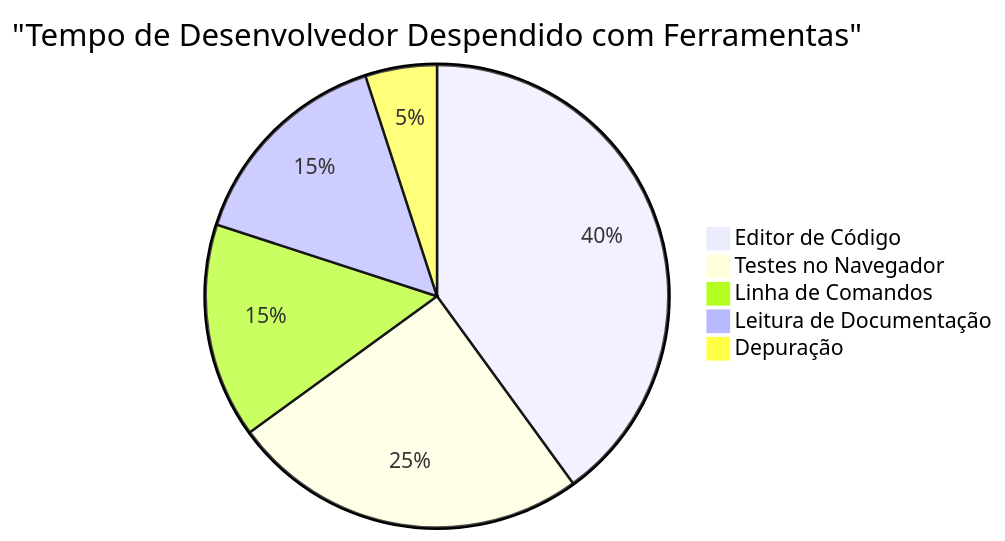
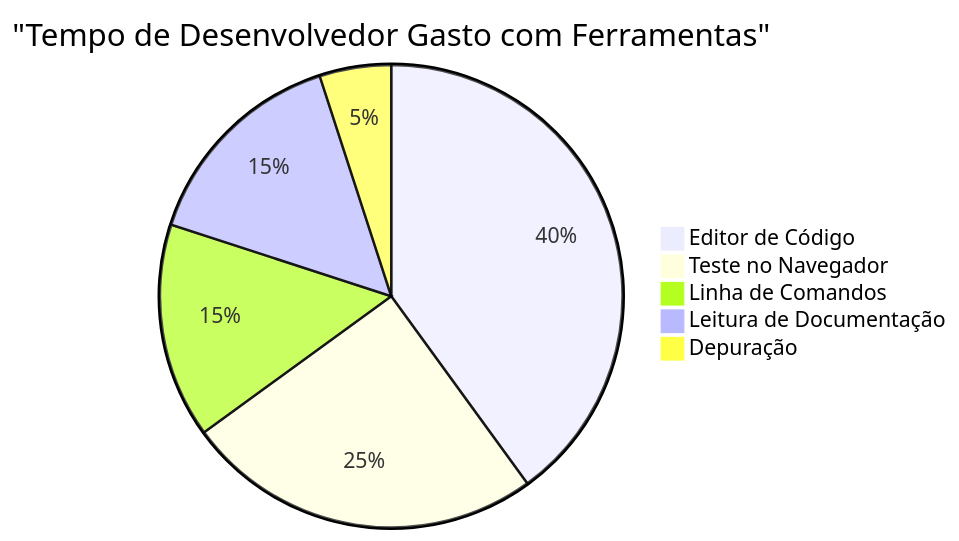
One commit to microsoft/Web-Dev-For-Beginners changed the sixth of 7 diagrams in translations/pt-PT/1-getting-started-lessons/1-intro-to-programming-languages/README.md. Above: the diagram before and after it, drawn with Mermaid. The commit also changed other lines of this file and 11 other files, not shown here.

````diff
--- a/translations/pt-PT/1-getting-started-lessons/1-intro-to-programming-languages/README.md
+++ b/translations/pt-PT/1-getting-started-lessons/1-intro-to-programming-languages/README.md
@@ -712,8 +713,8 @@
 ```mermaid
-pie title "Tempo de Desenvolvedor Despendido com Ferramentas"
+pie title "Tempo de Desenvolvedor Gasto com Ferramentas"
     "Editor de Código" : 40
-    "Testes no Navegador" : 25
+    "Teste no Navegador" : 25
     "Linha de Comandos" : 15
     "Leitura de Documentação" : 15
     "Depuração" : 5
 ```
````
